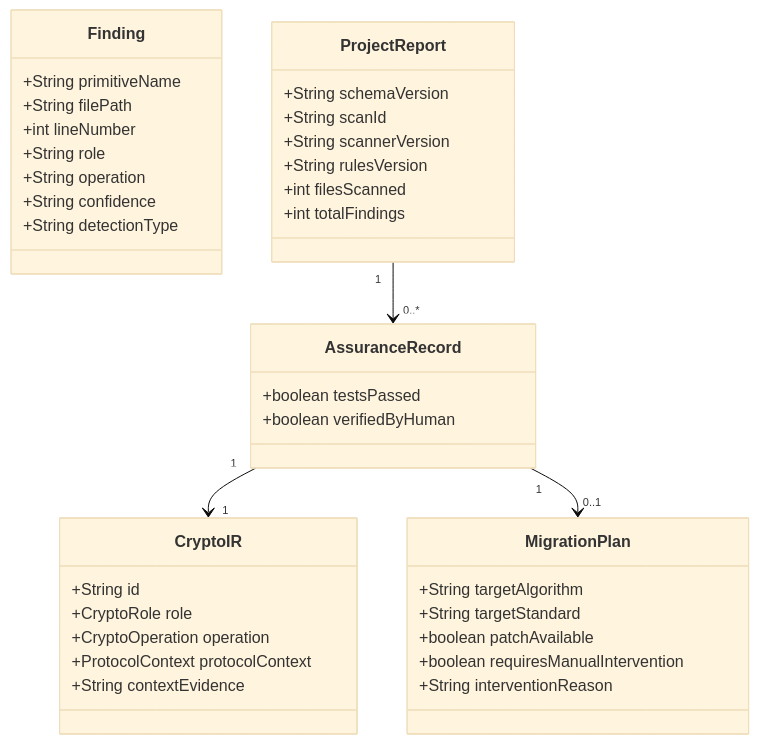
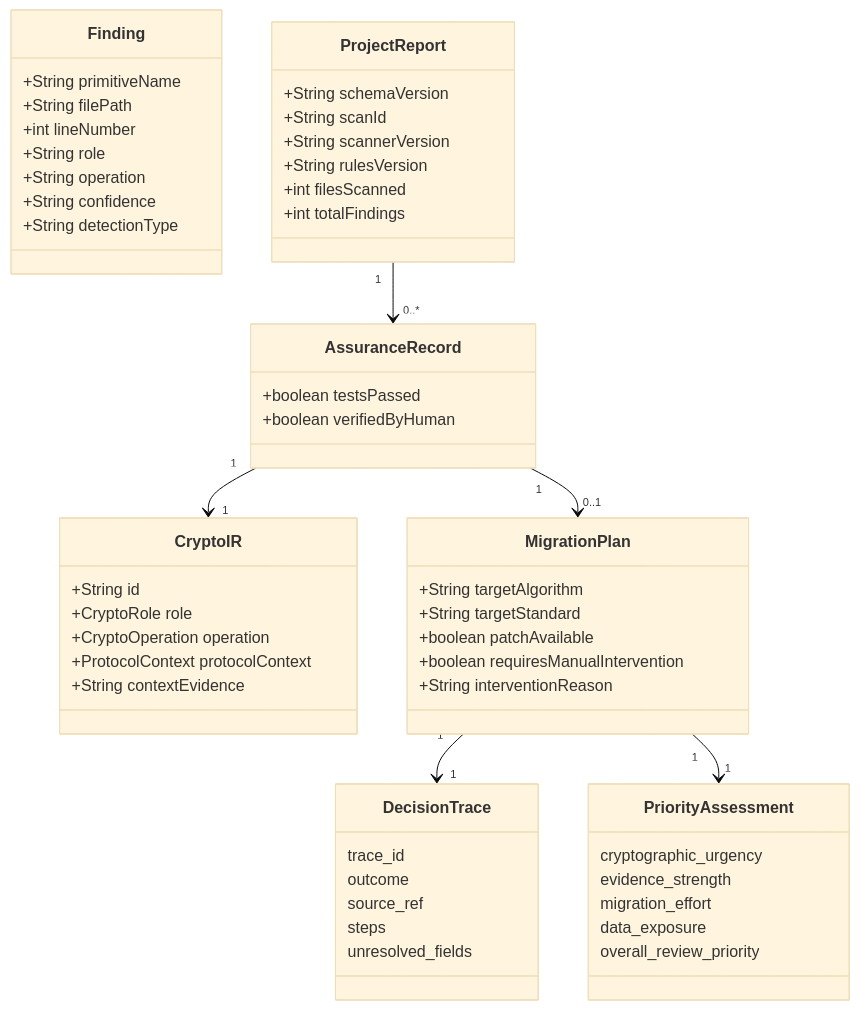
The first of 5 diagrams in docs/review/system-diagrams.md (Ratneshp1122/PQMigrate), drawn with Mermaid (base theme) before and after one commit. The commit also changed 11 other files, not shown here.

Commit message:
feat: add D8 decision traces and priority axes

````diff
--- a/docs/review/system-diagrams.md
+++ b/docs/review/system-diagrams.md
@@ -7,41 +7,57 @@
 ```mermaid
 classDiagram
     class Finding {
       +String primitiveName
       +String filePath
       +int lineNumber
       +String role
       +String operation
       +String confidence
       +String detectionType
     }
     class CryptoIR {
       +String id
       +CryptoRole role
       +CryptoOperation operation
       +ProtocolContext protocolContext
       +String contextEvidence
     }
     class MigrationPlan {
       +String targetAlgorithm
       +String targetStandard
       +boolean patchAvailable
       +boolean requiresManualIntervention
       +String interventionReason
     }
+    class DecisionTrace {
+      trace_id
+      outcome
+      source_ref
+      steps
+      unresolved_fields
+    }
+    class PriorityAssessment {
+      cryptographic_urgency
+      evidence_strength
+      migration_effort
+      data_exposure
+      overall_review_priority
+    }
     class AssuranceRecord {
       +boolean testsPassed
       +boolean verifiedByHuman
     }
     class ProjectReport {
       +String schemaVersion
       +String scanId
       +String scannerVersion
       +String rulesVersion
       +int filesScanned
       +int totalFindings
     }
     ProjectReport "1" --> "0..*" AssuranceRecord
     AssuranceRecord "1" --> "1" CryptoIR
     AssuranceRecord "1" --> "0..1" MigrationPlan
+    MigrationPlan "1" --> "1" DecisionTrace
+    MigrationPlan "1" --> "1" PriorityAssessment
 ```
````
